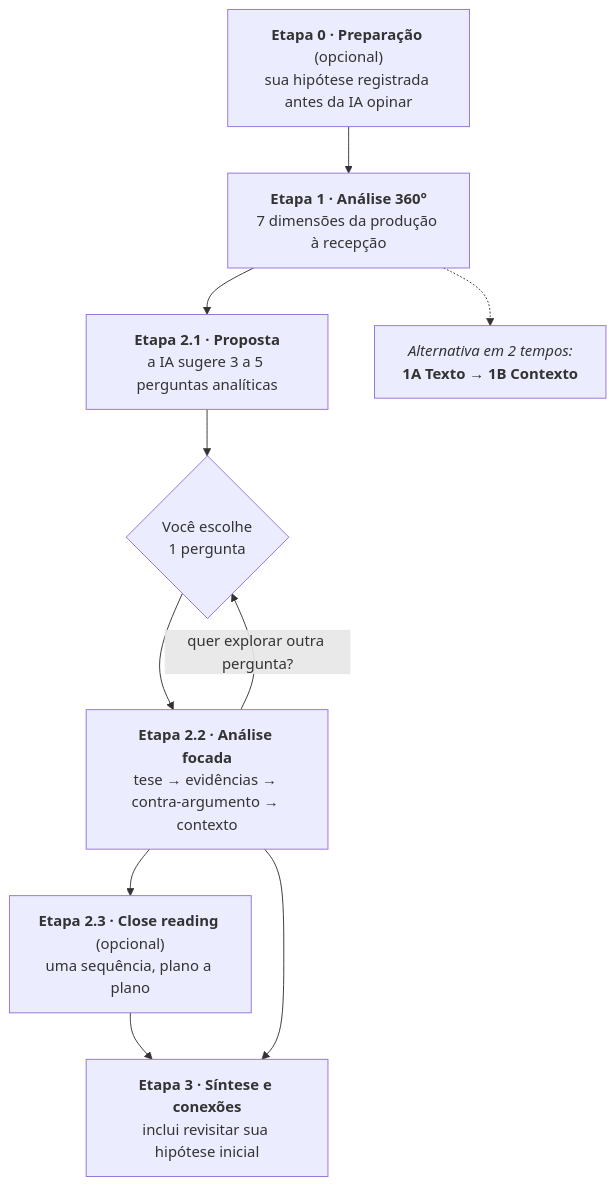
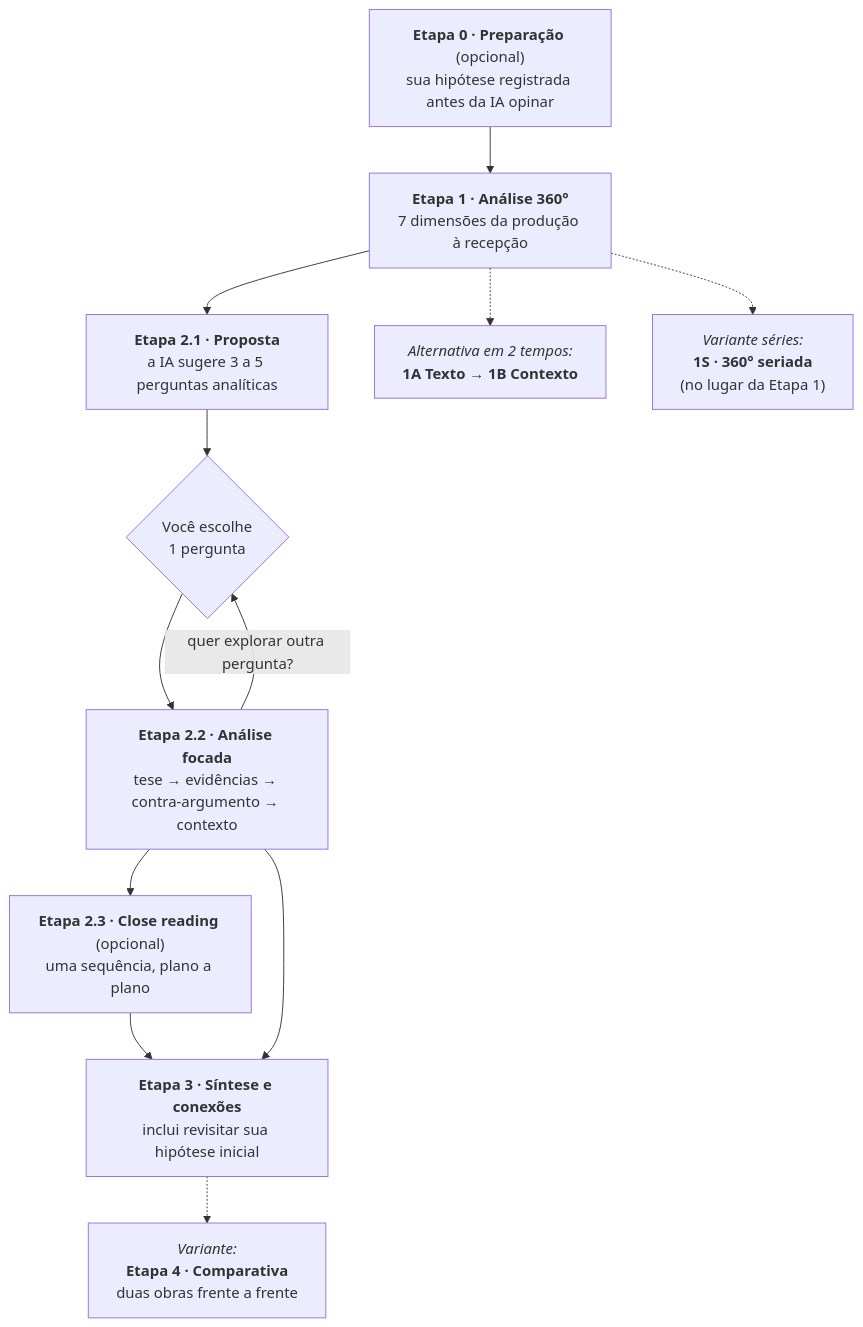
One commit to LucasRangel89/fluxo changed the diagram in docs/fluxo.md. Above: the diagram before and after it, drawn with Mermaid. The commit also changed other lines of this file and 34 other files, not shown here.

````diff
--- a/docs/fluxo.md
+++ b/docs/fluxo.md
@@ -15,12 +15,14 @@
 ```mermaid
 flowchart TD
     Z["<b>Etapa 0 · Preparação</b> (opcional)<br/>sua hipótese registrada antes da IA opinar"] --> A["<b>Etapa 1 · Análise 360°</b><br/>7 dimensões da produção à recepção"]
     A --> B["<b>Etapa 2.1 · Proposta</b><br/>a IA sugere 3 a 5 perguntas analíticas"]
     A -.-> A1["<i>Alternativa em 2 tempos:</i><br/><b>1A Texto</b> → <b>1B Contexto</b>"]
     B --> C{"Você escolhe<br/>1 pergunta"}
     C --> D["<b>Etapa 2.2 · Análise focada</b><br/>tese → evidências → contra-argumento → contexto"]
     D -->|"quer explorar outra pergunta?"| C
     D --> D3["<b>Etapa 2.3 · Close reading</b> (opcional)<br/>uma sequência, plano a plano"]
     D3 --> E["<b>Etapa 3 · Síntese e conexões</b><br/>inclui revisitar sua hipótese inicial"]
     D --> E
+    A -.-> A2["<i>Variante séries:</i><br/><b>1S · 360° seriada</b><br/>(no lugar da Etapa 1)"]
+    E -.-> F["<i>Variante:</i><br/><b>Etapa 4 · Comparativa</b><br/>duas obras frente a frente"]
 ```
````
